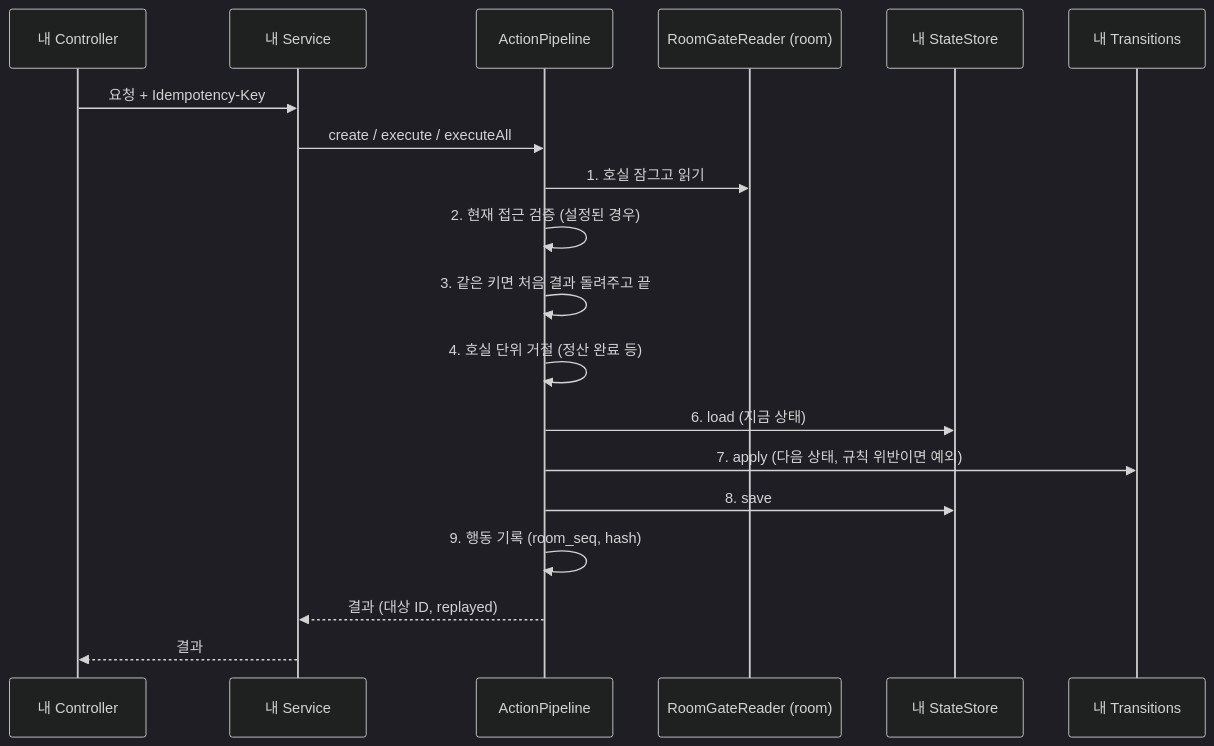
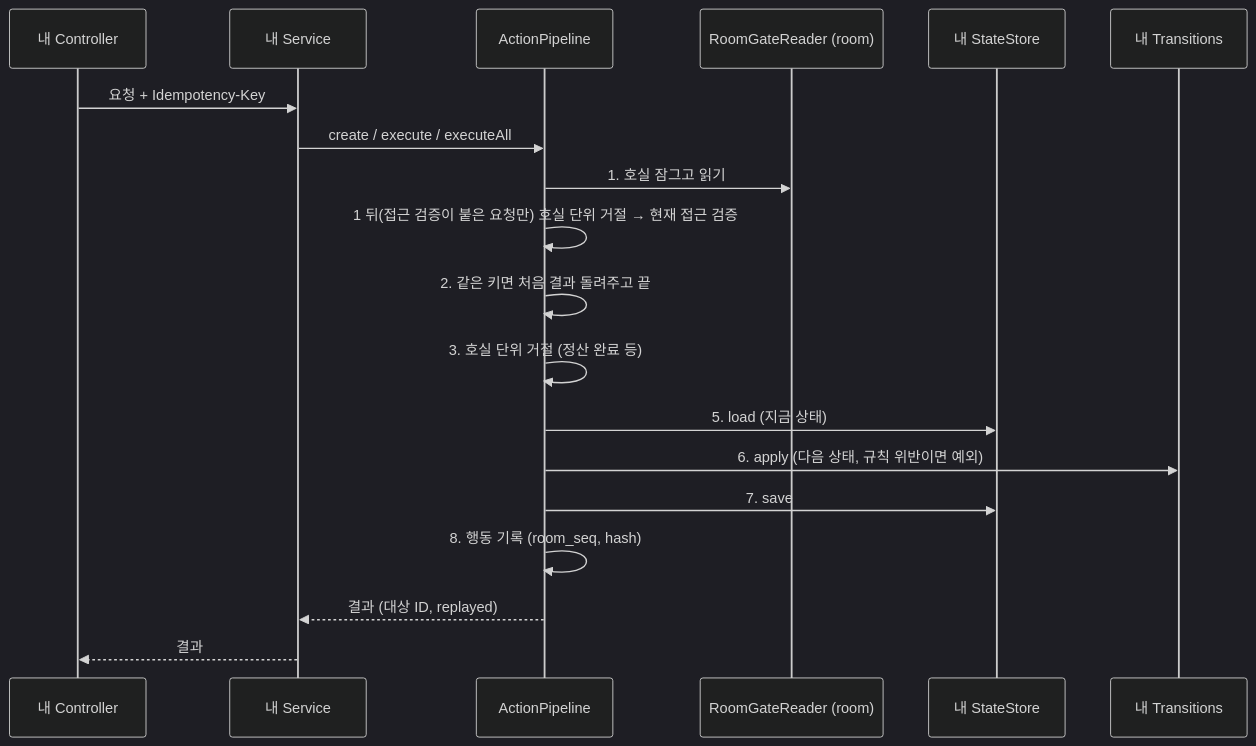
The diagram in docs/guides/action-pipeline.md (prgrms-be-devcourse/NBE12-14-final-homestamp), drawn with Mermaid (dark theme) before and after one commit. The commit also changed other lines of this file and 2 other files, not shown here.

Commit message:
docs: pipeline 접근 검증 실행 순서 맞추기

````diff
--- a/docs/guides/action-pipeline.md
+++ b/docs/guides/action-pipeline.md
@@ -19,21 +19,21 @@
 ```mermaid
 sequenceDiagram
     participant C as 내 Controller
     participant S as 내 Service
     participant P as ActionPipeline
     participant G as RoomGateReader (room)
     participant St as 내 StateStore
     participant R as 내 Transitions
     C->>S: 요청 + Idempotency-Key
     S->>P: create / execute / executeAll
     P->>G: 1. 호실 잠그고 읽기
-    P->>P: 2. 현재 접근 검증 (설정된 경우)
-    P->>P: 3. 같은 키면 처음 결과 돌려주고 끝
-    P->>P: 4. 호실 단위 거절 (정산 완료 등)
-    P->>St: 6. load (지금 상태)
-    P->>R: 7. apply (다음 상태, 규칙 위반이면 예외)
-    P->>St: 8. save
-    P->>P: 9. 행동 기록 (room_seq, hash)
+    P->>P: 1 뒤(접근 검증이 붙은 요청만) 호실 단위 거절 → 현재 접근 검증
+    P->>P: 2. 같은 키면 처음 결과 돌려주고 끝
+    P->>P: 3. 호실 단위 거절 (정산 완료 등)
+    P->>St: 5. load (지금 상태)
+    P->>R: 6. apply (다음 상태, 규칙 위반이면 예외)
+    P->>St: 7. save
+    P->>P: 8. 행동 기록 (room_seq, hash)
     P-->>S: 결과 (대상 ID, replayed)
     S-->>C: 결과
 ```
````
